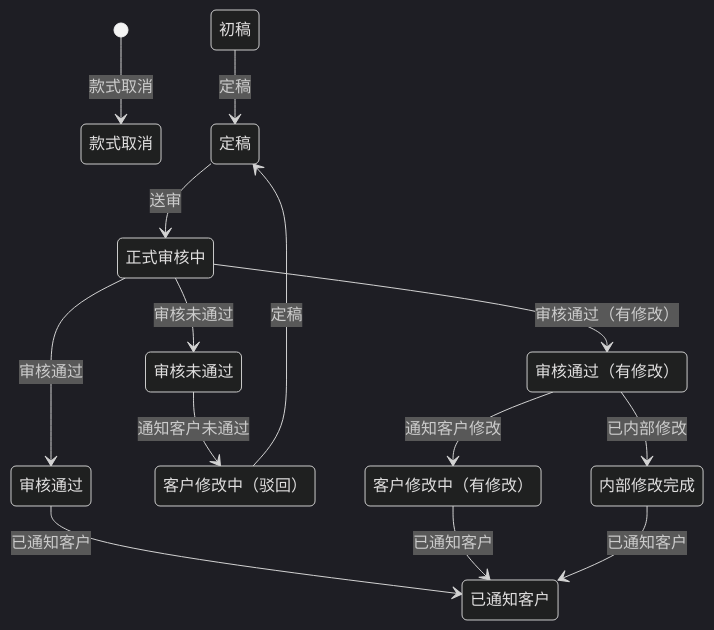
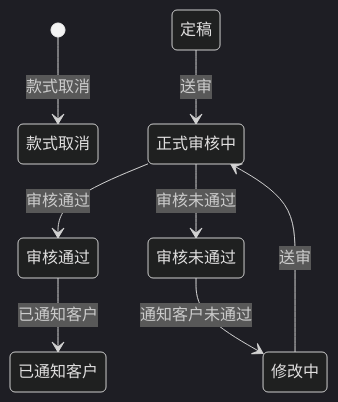
The diagram in docs/DesignDoc_display.mermaid (FIPOCHINA/fipo-fsm), drawn with Mermaid (dark theme) before and after one commit. The commit also changed 47 other files, not shown here.

```diff
--- a/docs/DesignDoc_display.mermaid
+++ b/docs/DesignDoc_display.mermaid
@@ -1,14 +1,8 @@
 stateDiagram-v2
 [*] --> 款式取消 : 款式取消
-初稿 --> 定稿 : 定稿
 定稿 --> 正式审核中 : 送审
 正式审核中 --> 审核通过 : 审核通过
 正式审核中 --> 审核未通过 : 审核未通过
-正式审核中 --> 审核通过（有修改） : 审核通过（有修改）
 审核通过 --> 已通知客户 : 已通知客户
-审核未通过 --> 客户修改中（驳回） : 通知客户未通过
-客户修改中（驳回） --> 定稿 : 定稿
-审核通过（有修改） --> 客户修改中（有修改） : 通知客户修改
-客户修改中（有修改） --> 已通知客户 : 已通知客户
-审核通过（有修改） --> 内部修改完成 : 已内部修改
-内部修改完成 --> 已通知客户 : 已通知客户
+审核未通过 -->  修改中 : 通知客户未通过
+ 修改中 --> 正式审核中 : 送审
```
